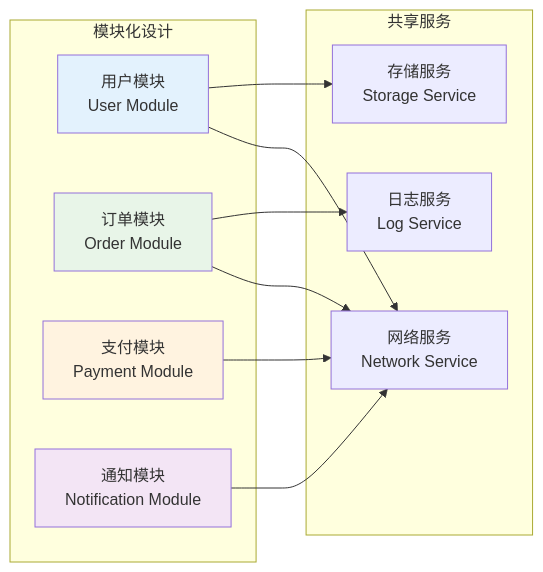
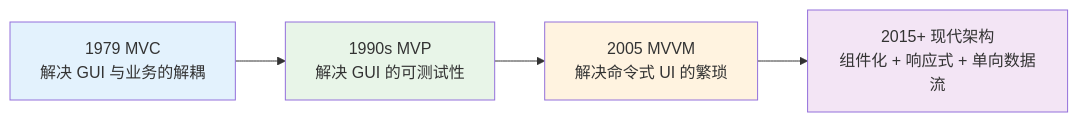
Before and after one commit to chongyang211/YCBookBlog: the fourth of 17 diagrams in 00.通用技术的提升/07.方案设计思想/卷一-架构与组件/01.通用架构设计方案.md, drawn with Mermaid. The commit also changed other lines of this file and 5 other files, not shown here.

````diff
--- a/00.通用技术的提升/07.方案设计思想/卷一-架构与组件/01.通用架构设计方案.md
+++ b/00.通用技术的提升/07.方案设计思想/卷一-架构与组件/01.通用架构设计方案.md
@@ -220,27 +157,11 @@
 ```mermaid
-graph LR
-    subgraph "模块化设计"
-        M1[用户模块<br/>User Module]
-        M2[订单模块<br/>Order Module]
-        M3[支付模块<br/>Payment Module]
-        M4[通知模块<br/>Notification Module]
-    end
+flowchart LR
+    A[1979 MVC<br/>解决 GUI 与业务的解耦] --> B[1990s MVP<br/>解决 GUI 的可测试性]
+    B --> C[2005 MVVM<br/>解决命令式 UI 的繁琐]
+    C --> D[2015+ 现代架构<br/>组件化 + 响应式 + 单向数据流]
     
-    subgraph "共享服务"
-        S1[网络服务<br/>Network Service]
-        S2[存储服务<br/>Storage Service]
-        S3[日志服务<br/>Log Service]
-    end
-    
-    M1 --> S1
-    M1 --> S2
-    M2 --> S1
-    M2 --> S3
-    M3 --> S1
-    M4 --> S1
-    
-    style M1 fill:#e3f2fd
-    style M2 fill:#e8f5e8
-    style M3 fill:#fff3e0
-    style M4 fill:#f3e5f5
+    style A fill:#e3f2fd
+    style B fill:#e8f5e8
+    style C fill:#fff3e0
+    style D fill:#f3e5f5
 ```
````
